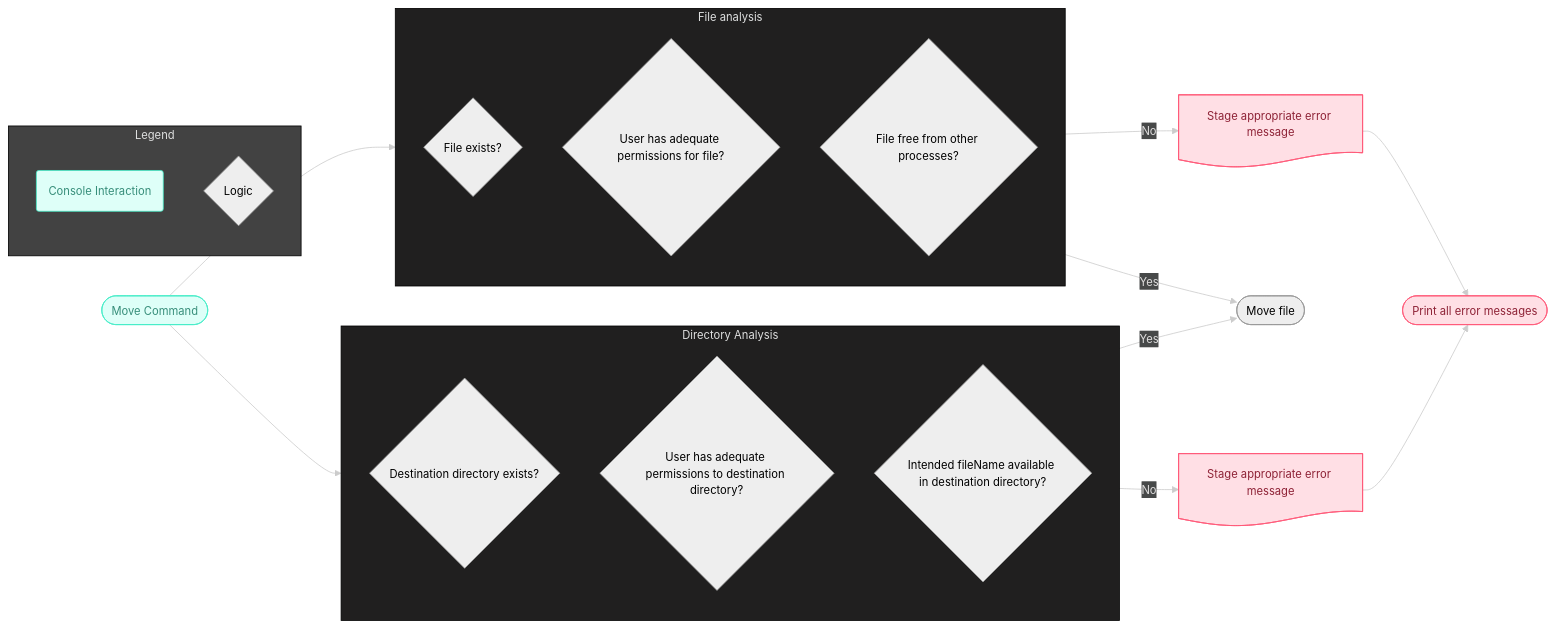
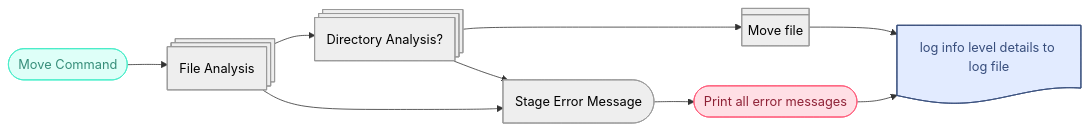
Before and after one commit to Remote-Guardian/move: the first of 4 diagrams in cli/src/asciidoc/Basic-Use-Case.md, drawn with Mermaid. The commit also changed other lines of this file, not shown here.

First line of the commit message:
Add proposal for new error messages

````diff
--- a/cli/src/asciidoc/Basic-Use-Case.md
+++ b/cli/src/asciidoc/Basic-Use-Case.md
@@ -3,67 +4,35 @@
 ```mermaid
----
-config:
-  theme: neo-dark
-  layout: fixed
----
 flowchart LR
- subgraph subgraph_zv2q8ucnp["Legend"]
-        n3["Console Interaction<br>"]
-        n4["Logic"]
-  end
- subgraph s1["File analysis"]
-        n5["File exists?<br>"]
-        n6["User has adequate permissions for file?<br>"]
-        n7["File free from other processes?<br>"]
-  end
- subgraph s2["Directory Analysis"]
-        n12["Destination directory exists?<br>"]
-        n13["User has adequate permissions to destination directory?<br>"]
-        n14["Intended fileName available in destination directory?<br>"]
-  end
-    n1(["Move Command<br>"]) --> s1 & s2
-    s1 -- No --> n9["Stage appropriate error message<br>"]
-    s1 -- Yes --> n8(["Move file<br>"])
-    s2 -- Yes --> n8
-    s2 -- No --> n15["Stage appropriate error message<br>"]
-    n15 --> n16(["Print all error messages<br>"])
-    n9 --> n16
-    n3@{ shape: rounded}
-    n4@{ shape: diam}
-    n5@{ shape: diam}
-    n6@{ shape: diam}
-    n7@{ shape: diam}
-    n12@{ shape: diam}
-    n13@{ shape: diam}
-    n14@{ shape: diam}
-    n9@{ shape: doc}
-    n15@{ shape: doc}
-     n3:::Aqua
-     n4:::Ash
-     n5:::Ash
-     n6:::Ash
+    n1(["Move Command<br>"]) --> n7["File Analysis<br>"]
+    n8["Move file<br>"] --> n17["log info level details to log file"]
+    n7 --> n12["Directory Analysis?"] & n18["Stage Error Message"]
+    n12 --> n8 & n18
+    n16(["Print all error messages<br>"]) --> n17
+    n18 --> n16
+    n7@{ shape: procs}
+    n8@{ shape: div-proc}
+    n17@{ shape: doc}
+    n12@{ shape: procs}
+    n18@{ shape: delay}
+     n1:::Aqua
      n7:::Ash
-     n12:::Ash
-     n13:::Ash
-     n14:::Ash
-     n1:::Aqua
-     n9:::Rose
      n8:::Pine
      n8:::Ash
-     n15:::Rose
+     n17:::Sky
+     n12:::Ash
+     n18:::Ash
      n16:::Rose
     classDef redNode fill:#D50000,color:#000000
     classDef pinkNode fill:#E1BEE7,color:#000000
     classDef yellowNode fill:#FFF9C4,color:#000000
     classDef blackNode fill:#000000,stroke:#FFD600,stroke-width:4px,stroke-dasharray: 0,color:#FFFFFF
     classDef greenNode fill:#00F840,color:#000000
     classDef reminderNode stroke:#FFD600,stroke-width:4px,stroke-dasharray: 0,fill:#000000,color:#FFFFFF
     classDef blueSubgraph fill:#BBDEFB
     classDef Aqua stroke-width:1px, stroke-dasharray:none, stroke:#46EDC8, fill:#DEFFF8, color:#378E7A
     classDef Pine stroke-width:1px, stroke-dasharray:none, stroke:#254336, fill:#27654A, color:#FFFFFF
+    classDef Rose stroke-width:1px, stroke-dasharray:none, stroke:#FF5978, fill:#FFDFE5, color:#8E2236
+    classDef Sky stroke-width:1px, stroke-dasharray:none, stroke:#374D7C, fill:#E2EBFF, color:#374D7C
     classDef Ash stroke-width:1px, stroke-dasharray:none, stroke:#999999, fill:#EEEEEE, color:#000000
-    classDef Rose stroke-width:1px, stroke-dasharray:none, stroke:#FF5978, fill:#FFDFE5, color:#8E2236
-    style s1 stroke:#000000
-    style s2 stroke:#000000
-    style subgraph_zv2q8ucnp fill:#424242,stroke:#000000
+
 ```
````
